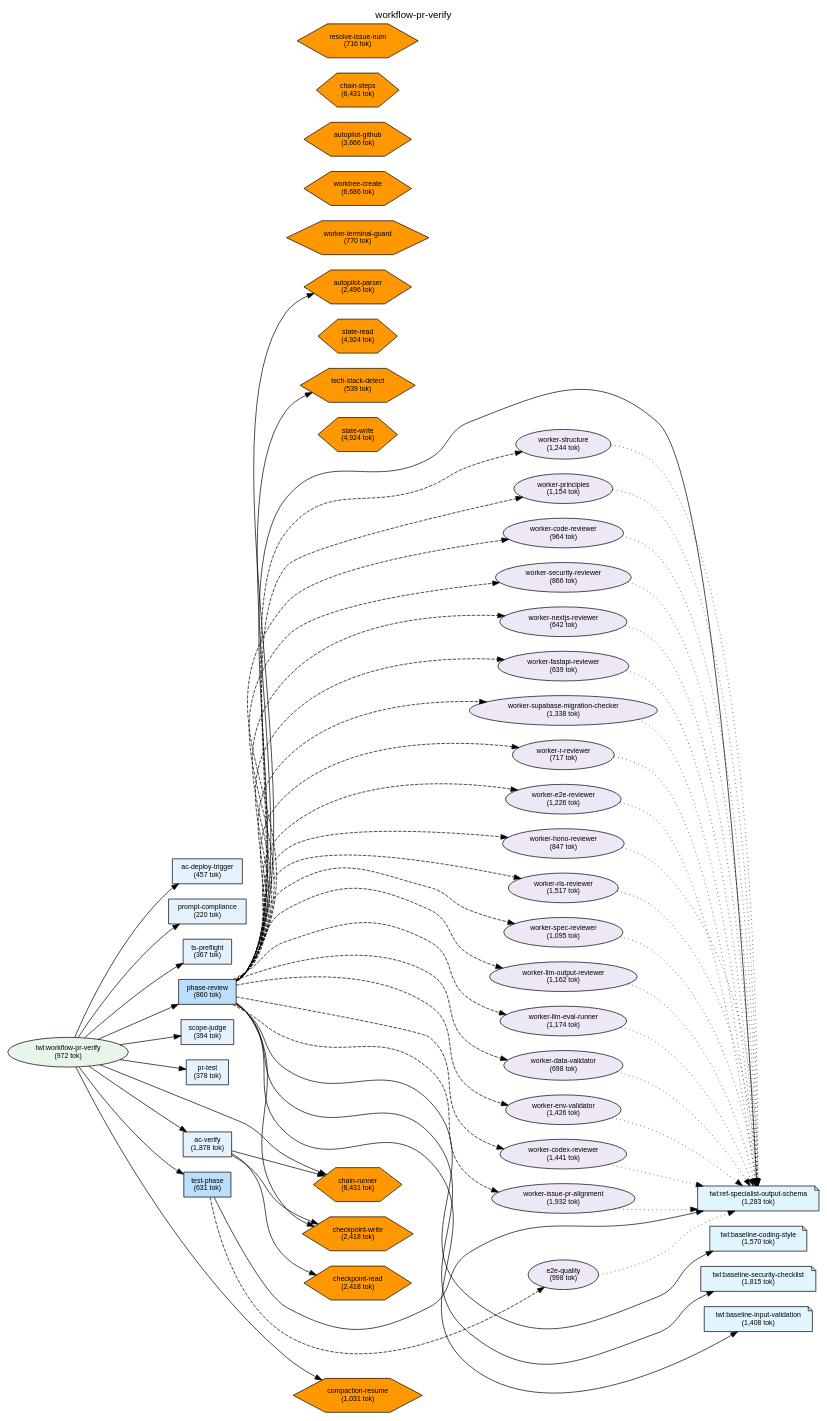
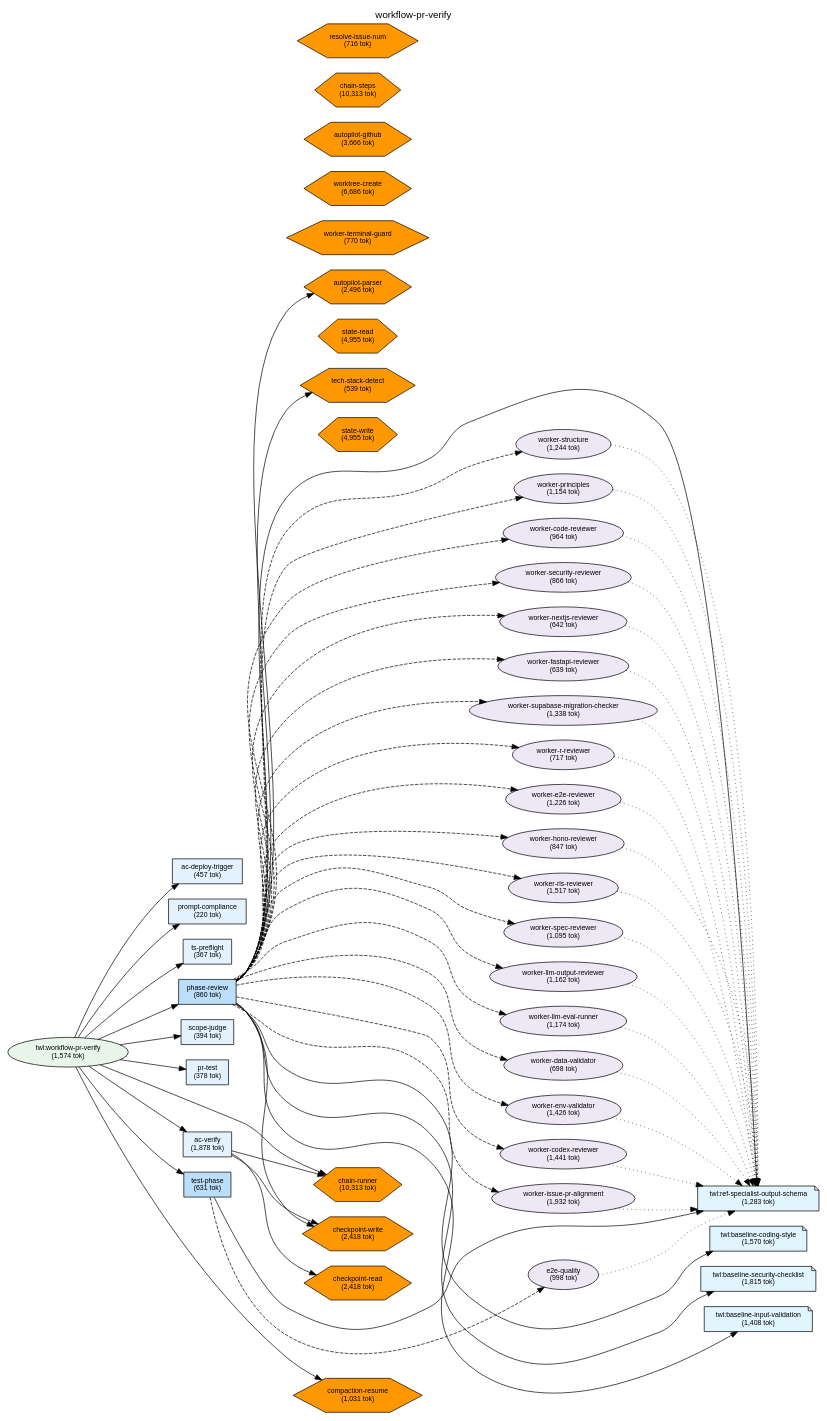
The diagram in plugins/twl/docs/deps-workflow-pr-verify.dot (shuu5/twill), drawn with Graphviz before and after one commit. The commit also changed 21 other files, not shown here.

```diff
--- a/plugins/twl/docs/deps-workflow-pr-verify.dot
+++ b/plugins/twl/docs/deps-workflow-pr-verify.dot
@@ -15,7 +15,7 @@
     // L0: Launchers
 
     // L0.5: Workflow Skills
-    skill_workflow_pr_verify [label="twl:workflow-pr-verify\n(972 tok)", shape=ellipse, style=filled, fillcolor="#e8f5e9"];
+    skill_workflow_pr_verify [label="twl:workflow-pr-verify\n(1,574 tok)", shape=ellipse, style=filled, fillcolor="#e8f5e9"];
 
     // Reference Skills
     skill_ref_specialist_output_schema [label="twl:ref-specialist-output-schema\n(1,283 tok)", shape=note, style=filled, fillcolor="#e1f5fe"];
@@ -57,15 +57,15 @@
     agent_e2e_quality [label="e2e-quality\n(998 tok)", shape=ellipse, style=filled, fillcolor="#ede7f6"];
 
     // L3.5: Scripts
-    script_state_read [label="state-read\n(4,924 tok)", shape=hexagon, style=filled, fillcolor="#FF9800"];
-    script_state_write [label="state-write\n(4,924 tok)", shape=hexagon, style=filled, fillcolor="#FF9800"];
+    script_state_read [label="state-read\n(4,955 tok)", shape=hexagon, style=filled, fillcolor="#FF9800"];
+    script_state_write [label="state-write\n(4,955 tok)", shape=hexagon, style=filled, fillcolor="#FF9800"];
     script_tech_stack_detect [label="tech-stack-detect\n(539 tok)", shape=hexagon, style=filled, fillcolor="#FF9800"];
     script_autopilot_parser [label="autopilot-parser\n(2,496 tok)", shape=hexagon, style=filled, fillcolor="#FF9800"];
-    script_chain_runner [label="chain-runner\n(8,431 tok)", shape=hexagon, style=filled, fillcolor="#FF9800"];
+    script_chain_runner [label="chain-runner\n(10,313 tok)", shape=hexagon, style=filled, fillcolor="#FF9800"];
     script_worker_terminal_guard [label="worker-terminal-guard\n(770 tok)", shape=hexagon, style=filled, fillcolor="#FF9800"];
     script_worktree_create [label="worktree-create\n(6,686 tok)", shape=hexagon, style=filled, fillcolor="#FF9800"];
     script_autopilot_github [label="autopilot-github\n(3,666 tok)", shape=hexagon, style=filled, fillcolor="#FF9800"];
-    script_chain_steps [label="chain-steps\n(8,431 tok)", shape=hexagon, style=filled, fillcolor="#FF9800"];
+    script_chain_steps [label="chain-steps\n(10,313 tok)", shape=hexagon, style=filled, fillcolor="#FF9800"];
     script_compaction_resume [label="compaction-resume\n(1,031 tok)", shape=hexagon, style=filled, fillcolor="#FF9800"];
     script_resolve_issue_num [label="resolve-issue-num\n(716 tok)", shape=hexagon, style=filled, fillcolor="#FF9800"];
     script_checkpoint_write [label="checkpoint-write\n(2,418 tok)", shape=hexagon, style=filled, fillcolor="#FF9800"];
```
